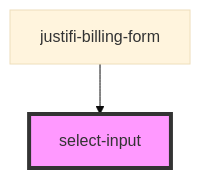
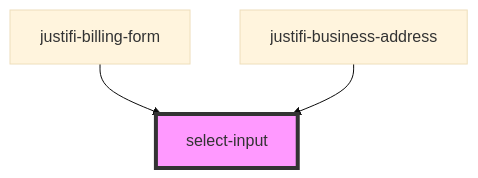
One commit to justifi-tech/web-component-library changed the diagram in stencil-library/src/components/select-input/readme.md. Above: the diagram before and after it, drawn with Mermaid (base theme). The commit also changed other lines of this file and 11 other files, not shown here.

Commit message:
create generic business-address component

````diff
--- a/stencil-library/src/components/select-input/readme.md
+++ b/stencil-library/src/components/select-input/readme.md
@@ -40,5 +41,6 @@
 ```mermaid
 graph TD;
   justifi-billing-form --> select-input
+  justifi-business-address --> select-input
   style select-input fill:#f9f,stroke:#333,stroke-width:4px
 ```
````
